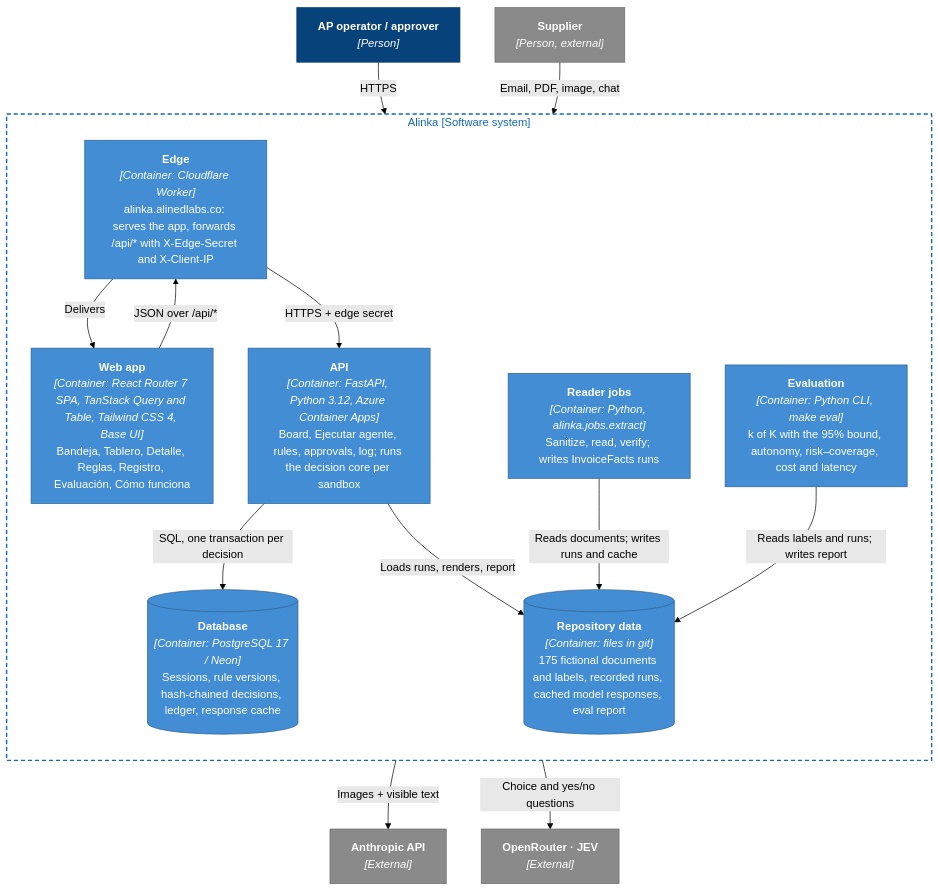
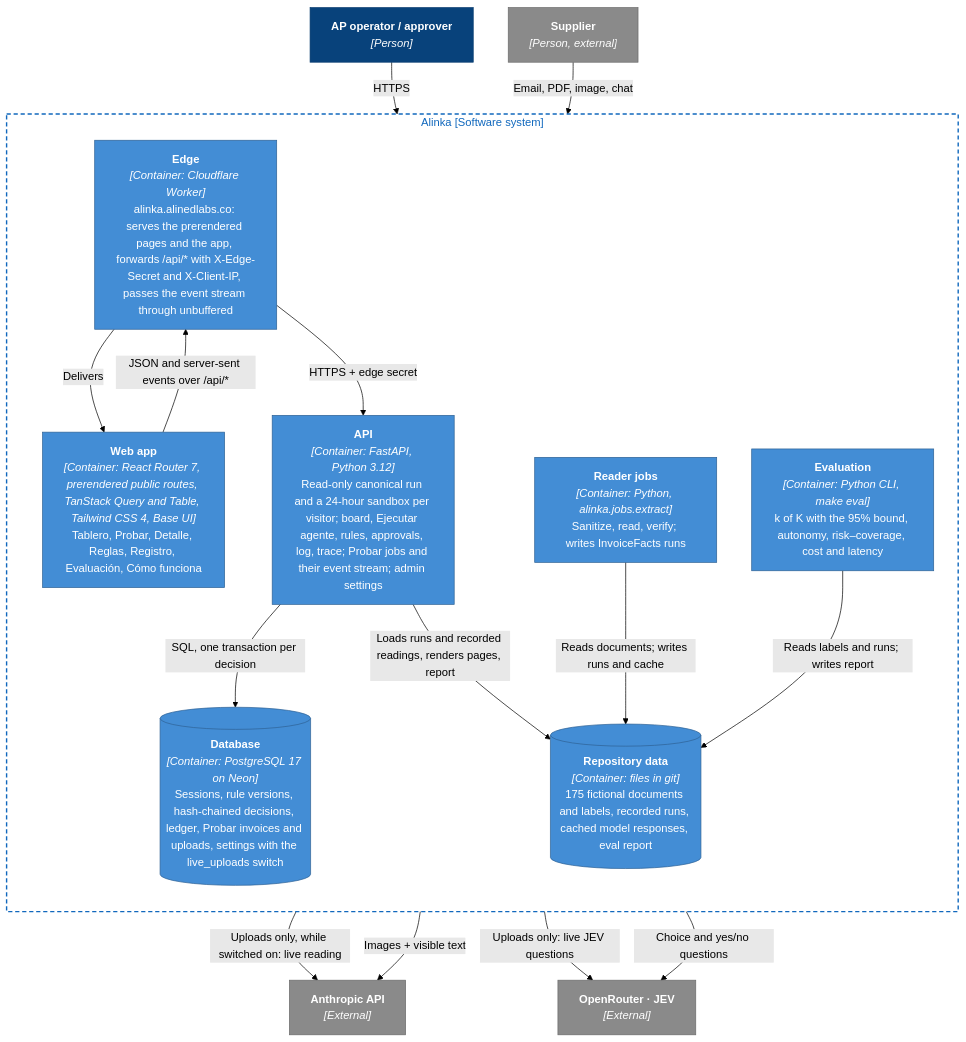
The second of 4 diagrams in docs/architecture.md (alined-labs/alinka), drawn with Mermaid (forest theme) before and after one commit. The commit also changed other lines of this file and 1 other file, not shown here.

First line of the commit message:
docs(repo): bring the C4 diagrams up to date and add them to the README (#97)

````diff
--- a/docs/architecture.md
+++ b/docs/architecture.md
@@ -37,39 +37,41 @@
 ```mermaid
 flowchart TB
   user["<b>AP operator / approver</b><br/><i>[Person]</i>"]
   supplier["<b>Supplier</b><br/><i>[Person, external]</i>"]
 
   subgraph alinka["Alinka [Software system]"]
     direction TB
-    edge["<b>Edge</b><br/><i>[Container: Cloudflare Worker]</i><br/>alinka.alinedlabs.co: serves the app, forwards /api/* with X-Edge-Secret and X-Client-IP"]
-    web["<b>Web app</b><br/><i>[Container: React Router 7 SPA, TanStack Query and Table, Tailwind CSS 4, Base UI]</i><br/>Bandeja, Tablero, Detalle, Reglas, Registro, Evaluación, Cómo funciona"]
-    api["<b>API</b><br/><i>[Container: FastAPI, Python 3.12, Azure Container Apps]</i><br/>Board, Ejecutar agente, rules, approvals, log; runs the decision core per sandbox"]
+    edge["<b>Edge</b><br/><i>[Container: Cloudflare Worker]</i><br/>alinka.alinedlabs.co: serves the prerendered pages and the app, forwards /api/* with X-Edge-Secret and X-Client-IP, passes the event stream through unbuffered"]
+    web["<b>Web app</b><br/><i>[Container: React Router 7, prerendered public routes, TanStack Query and Table, Tailwind CSS 4, Base UI]</i><br/>Tablero, Probar, Detalle, Reglas, Registro, Evaluación, Cómo funciona"]
+    api["<b>API</b><br/><i>[Container: FastAPI, Python 3.12]</i><br/>Read-only canonical run and a 24-hour sandbox per visitor; board, Ejecutar agente, rules, approvals, log, trace; Probar jobs and their event stream; admin settings"]
     reader["<b>Reader jobs</b><br/><i>[Container: Python, alinka.jobs.extract]</i><br/>Sanitize, read, verify; writes InvoiceFacts runs"]
     evals["<b>Evaluation</b><br/><i>[Container: Python CLI, make eval]</i><br/>k of K with the 95% bound, autonomy, risk–coverage, cost and latency"]
-    db[("<b>Database</b><br/><i>[Container: PostgreSQL 17 / Neon]</i><br/>Sessions, rule versions, hash-chained decisions, ledger, response cache")]
+    db[("<b>Database</b><br/><i>[Container: PostgreSQL 17 on Neon]</i><br/>Sessions, rule versions, hash-chained decisions, ledger, Probar invoices and uploads, settings with the live_uploads switch")]
     repo[("<b>Repository data</b><br/><i>[Container: files in git]</i><br/>175 fictional documents and labels, recorded runs, cached model responses, eval report")]
   end
 
   anthropic["<b>Anthropic API</b><br/><i>[External]</i>"]
   openrouter["<b>OpenRouter · JEV</b><br/><i>[External]</i>"]
 
   user -- "HTTPS" --> edge
   edge -- "Delivers" --> web
-  web -- "JSON over /api/*" --> edge
+  web -- "JSON and server-sent events over /api/*" --> edge
   edge -- "HTTPS + edge secret" --> api
   api -- "SQL, one transaction per decision" --> db
-  api -- "Loads runs, renders, report" --> repo
+  api -- "Loads runs and recorded readings, renders pages, report" --> repo
+  api -- "Uploads only, while switched on: live reading" --> anthropic
+  api -- "Uploads only: live JEV questions" --> openrouter
   supplier -- "Email, PDF, image, chat" --> reader
   reader -- "Reads documents; writes runs and cache" --> repo
   reader -- "Images + visible text" --> anthropic
   reader -- "Choice and yes/no questions" --> openrouter
   evals -- "Reads labels and runs; writes report" --> repo
 
   classDef person fill:#08427b,stroke:#073b6f,color:#fff
   classDef container fill:#438dd5,stroke:#2e6295,color:#fff
   classDef external fill:#8a8a8a,stroke:#6b6b6b,color:#fff
   class user person
   class supplier,anthropic,openrouter external
   class edge,web,api,reader,evals,db,repo container
   style alinka fill:#ffffff00,stroke:#1168bd,stroke-width:2px,stroke-dasharray:6 4,color:#1168bd
 ```
````
